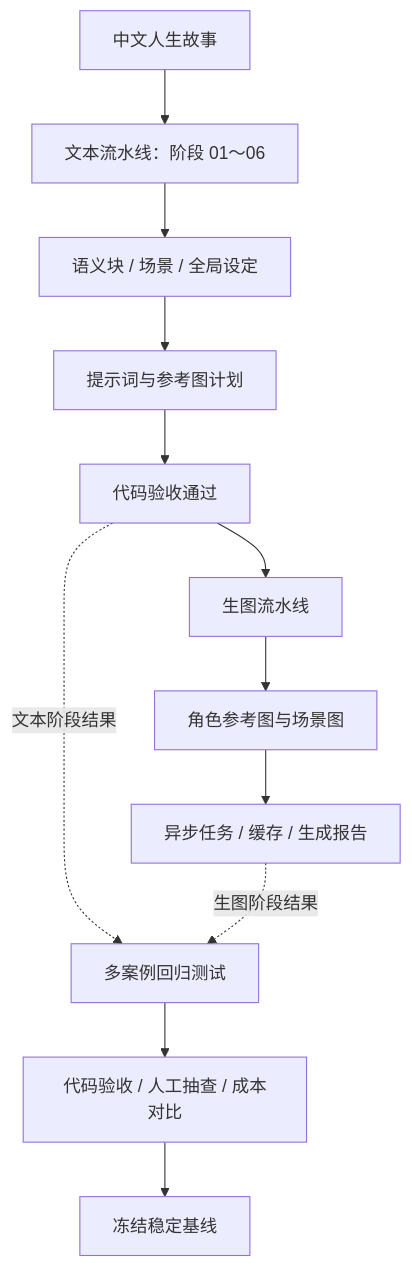
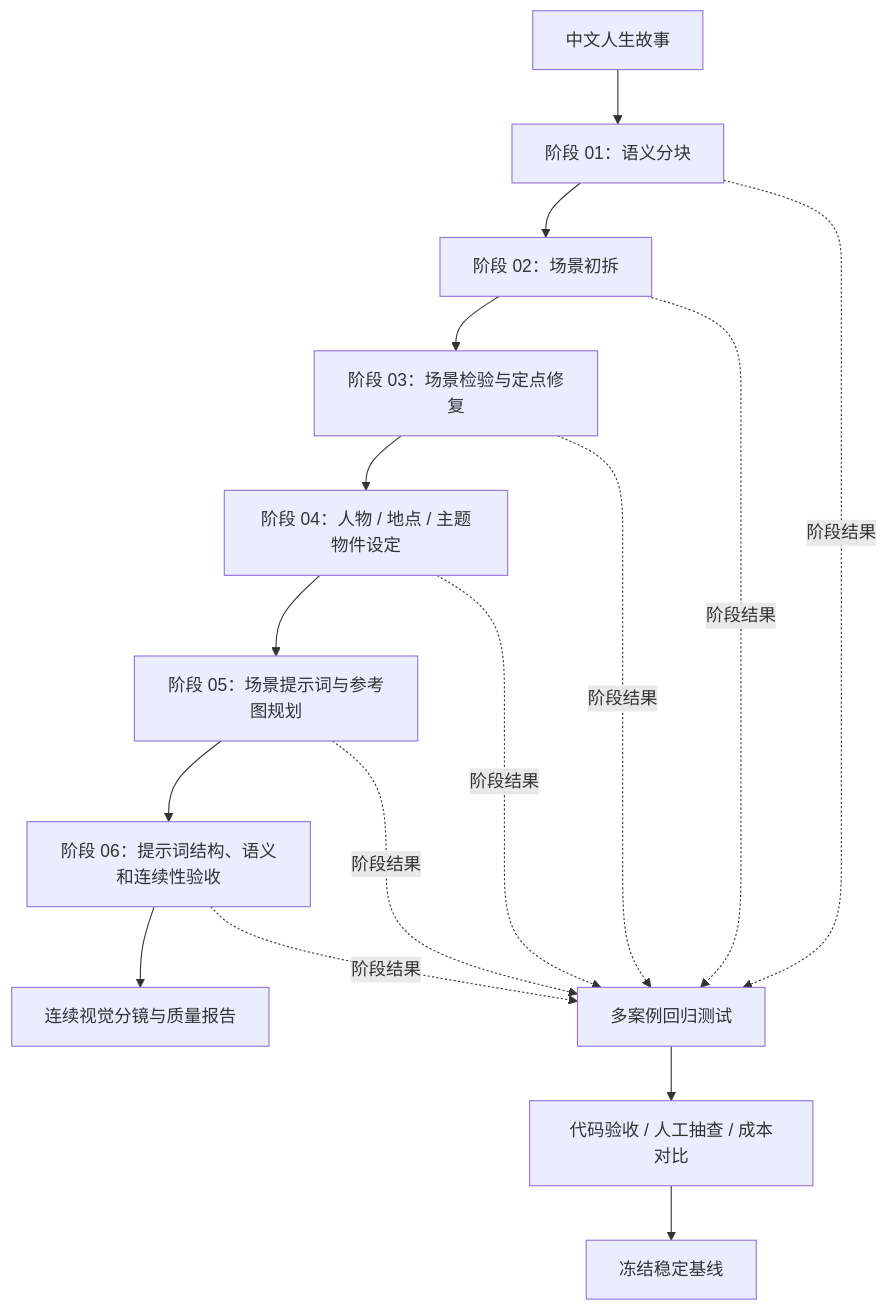
The first of 2 diagrams in README.md (mayikanga/ai-narrative-pipeline-portfolio), drawn with Mermaid before and after one commit. The commit also changed other lines of this file and 2 other files, not shown here.

````diff
--- a/README.md
+++ b/README.md
@@ -66,15 +66,19 @@
 ```mermaid
 flowchart TB
-    A["中文人生故事"] --> B["文本流水线：阶段 01～06"]
-    B --> C["语义块 / 场景 / 全局设定"]
-    C --> D["提示词与参考图计划"]
-    D --> E["代码验收通过"]
-    E --> F["生图流水线"]
-    F --> G["角色参考图与场景图"]
-    G --> H["异步任务 / 缓存 / 生成报告"]
+    A["中文人生故事"] --> B["阶段 01：语义分块"]
+    B --> C["阶段 02：场景初拆"]
+    C --> D["阶段 03：场景检验与定点修复"]
+    D --> E["阶段 04：人物 / 地点 / 主题物件设定"]
+    E --> F["阶段 05：场景提示词与参考图规划"]
+    F --> G["阶段 06：提示词结构、语义和连续性验收"]
+    G --> H["连续视觉分镜与质量报告"]
 
-    E -.文本阶段结果.-> R["多案例回归测试"]
-    H -.生图阶段结果.-> R
+    B -.阶段结果.-> R["多案例回归测试"]
+    C -.阶段结果.-> R
+    D -.阶段结果.-> R
+    E -.阶段结果.-> R
+    F -.阶段结果.-> R
+    G -.阶段结果.-> R
     R --> S["代码验收 / 人工抽查 / 成本对比"]
     S --> T["冻结稳定基线"]
 ```
````
